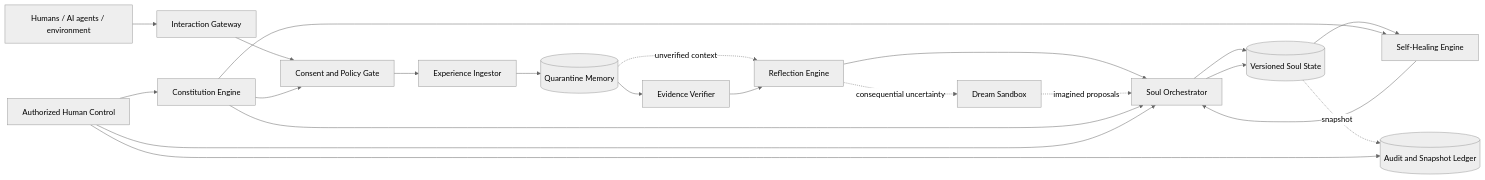
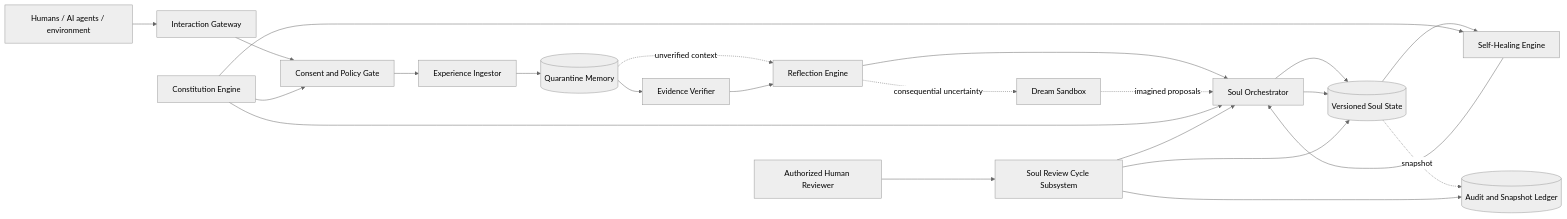
One commit to Azhonaras/soul-engine changed the first of 8 diagrams in docs/ARCHITECTURE.md. Above: the diagram before and after it, drawn with Mermaid (neutral theme). The commit also changed other lines of this file and 2 other files, not shown here.

Commit message:
docs: add REVIEW_CYCLE_SPECIFICATION.md and update ARCHITECTURE.md and CONSTITUTION.md for v1.1.0

````diff
--- a/docs/ARCHITECTURE.md
+++ b/docs/ARCHITECTURE.md
@@ -22,25 +22,26 @@
 ```mermaid
 flowchart LR
     A[Humans / AI agents / environment] --> G[Interaction Gateway]
     G --> P[Consent and Policy Gate]
     P --> E[Experience Ingestor]
     E --> Q[(Quarantine Memory)]
     Q --> V[Evidence Verifier]
     Q -. unverified context .-> R[Reflection Engine]
     V --> R
     R --> O[Soul Orchestrator]
     O --> S[(Versioned Soul State)]
     R -. consequential uncertainty .-> D[Dream Sandbox]
     D -. imagined proposals .-> O
     S --> H[Self-Healing Engine]
     H --> O
     O --> S
     S -. snapshot .-> L[(Audit and Snapshot Ledger)]
 
     C[Constitution Engine] --> P
     C --> O
     C --> H
-    U[Authorized Human Control] --> C
-    U --> O
-    U --> L
+    U[Authorized Human Reviewer] --> REV[Soul Review Cycle Subsystem]
+    REV --> O
+    REV --> S
+    REV --> L
 ```
````
